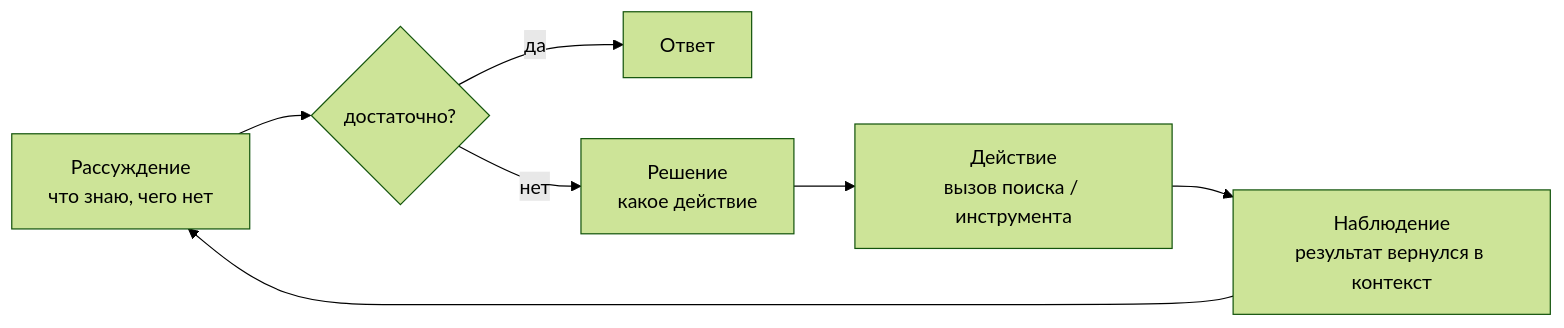
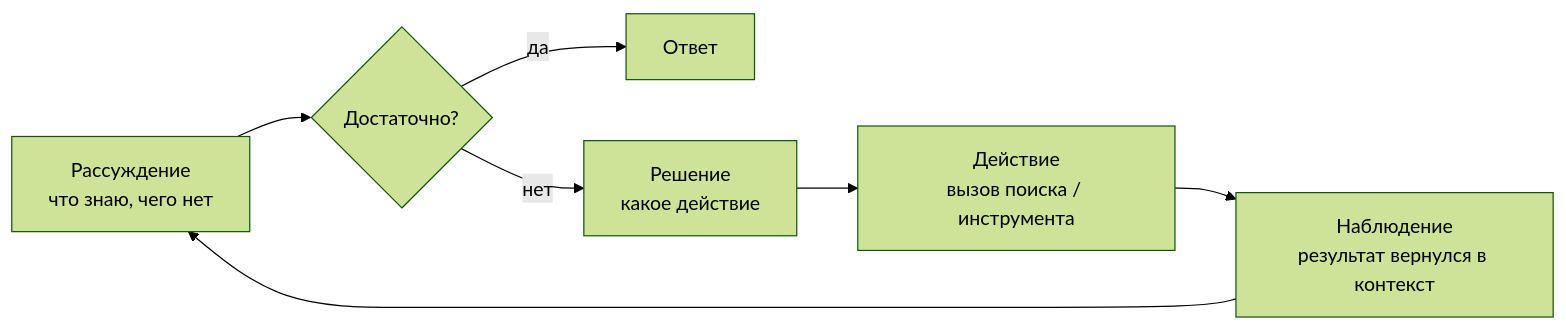
The diagram in docs/part-2-agents/agentic-rag.md (NikolaiSachok/ai-engineering-handbook), drawn with Mermaid (forest theme) before and after one commit. The commit also changed other lines of this file and 35 other files, not shown here.

````diff
--- a/docs/part-2-agents/agentic-rag.md
+++ b/docs/part-2-agents/agentic-rag.md
@@ -54,9 +54,9 @@
 ```mermaid
 flowchart LR
-    R["Рассуждение<br/>что знаю, чего нет"] --> Q{"достаточно?"}
+    R["Рассуждение<br/>что знаю, чего нет"] --> Q{"Достаточно?"}
     Q -- "да" --> Ans["Ответ"]
     Q -- "нет" --> D["Решение<br/>какое действие"]
     D --> A["Действие<br/>вызов поиска / инструмента"]
     A --> O["Наблюдение<br/>результат вернулся в контекст"]
     O --> R
 ```
````
